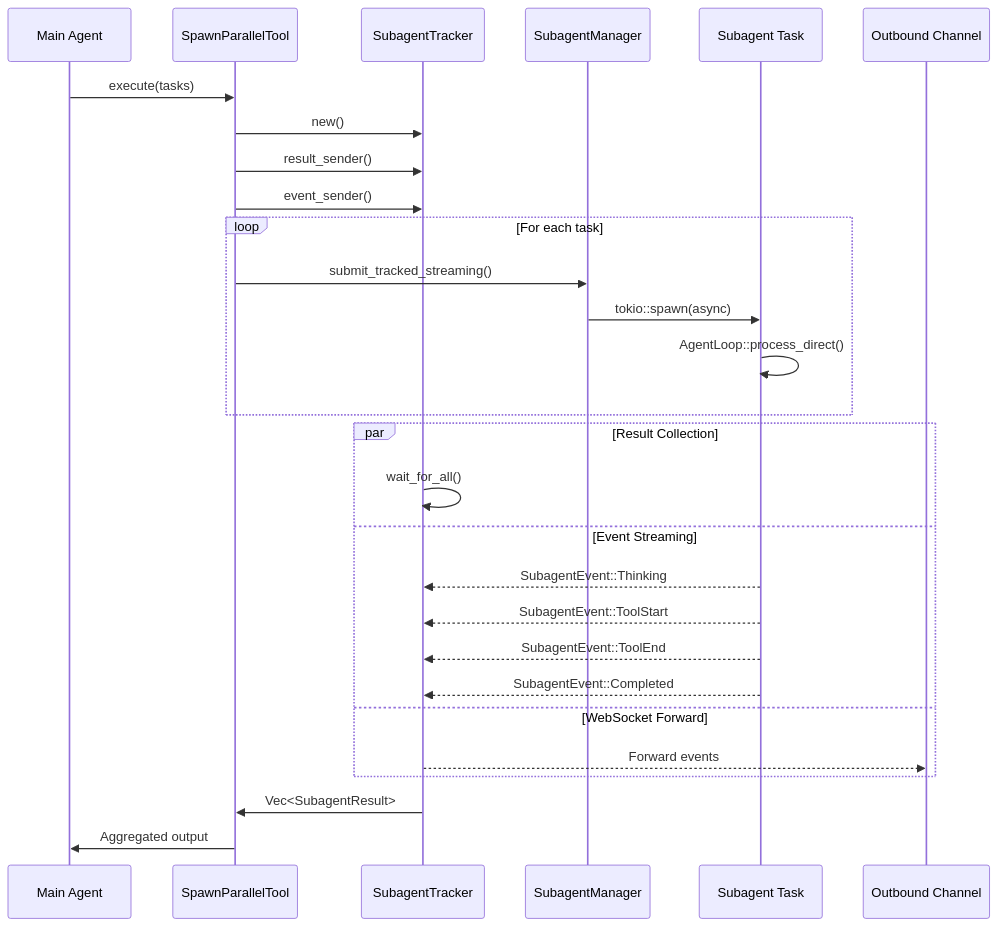
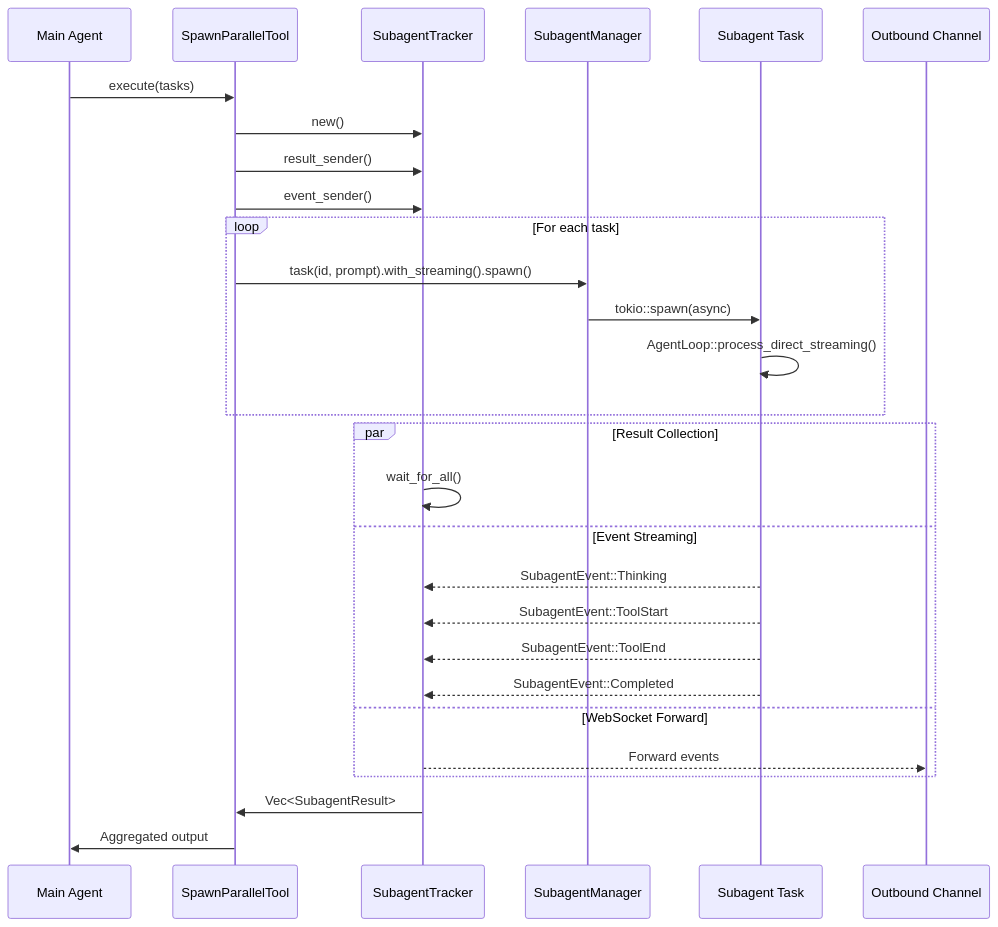
Before and after one commit to yeheng/nanobot-rs: the third of 4 diagrams in docs/agent_flow.md, drawn with Mermaid. The commit also changed other lines of this file and 15 other files, not shown here.

````diff
--- a/docs/agent_flow.md
+++ b/docs/agent_flow.md
@@ -99,34 +105,34 @@
 ```mermaid
 sequenceDiagram
     participant Main as Main Agent
     participant SPT as SpawnParallelTool
     participant ST as SubagentTracker
     participant SM as SubagentManager
     participant Sub as Subagent Task
     participant OB as Outbound Channel
 
     Main->>SPT: execute(tasks)
     SPT->>ST: new()
     SPT->>ST: result_sender()
     SPT->>ST: event_sender()
 
     loop For each task
-        SPT->>SM: submit_tracked_streaming()
+        SPT->>SM: task(id, prompt).with_streaming().spawn()
         SM->>Sub: tokio::spawn(async)
-        Sub->>Sub: AgentLoop::process_direct()
+        Sub->>Sub: AgentLoop::process_direct_streaming()
     end
 
     par Result Collection
         ST->>ST: wait_for_all()
     and Event Streaming
         Sub-->>ST: SubagentEvent::Thinking
         Sub-->>ST: SubagentEvent::ToolStart
         Sub-->>ST: SubagentEvent::ToolEnd
         Sub-->>ST: SubagentEvent::Completed
     and WebSocket Forward
         ST-->>OB: Forward events
     end
 
     ST->>SPT: Vec<SubagentResult>
     SPT->>Main: Aggregated output
 ```
````
